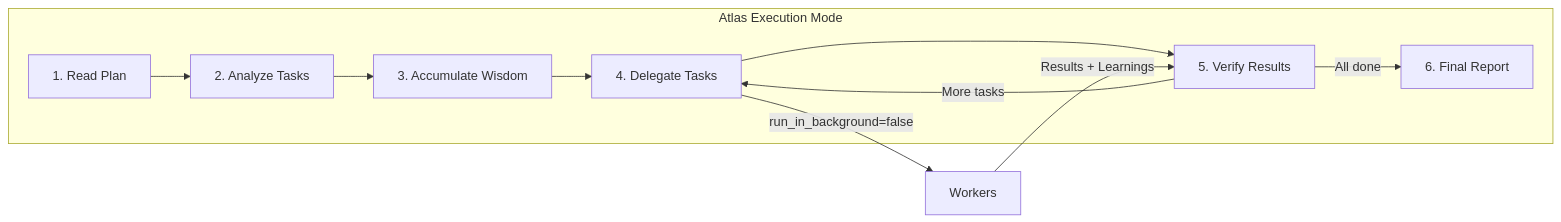
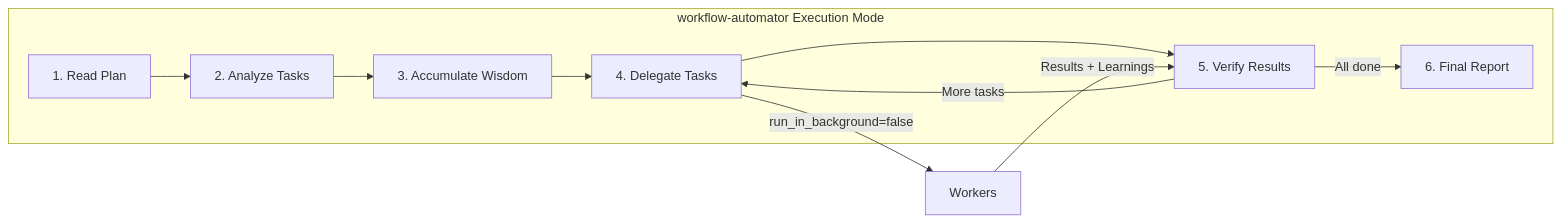
One commit to arcthur/oh-my-opencode changed the third of 4 diagrams in docs/guide/understanding-orchestration-system.md. Above: the diagram before and after it, drawn with Mermaid. The commit also changed other lines of this file and 416 other files, not shown here.

````diff
--- a/docs/guide/understanding-orchestration-system.md
+++ b/docs/guide/understanding-orchestration-system.md
@@ -136,21 +136,21 @@
 ```mermaid
 flowchart LR
-    subgraph Orchestrator["Atlas Execution Mode"]
+    subgraph Orchestrator["workflow-automator Execution Mode"]
         Read["1. Read Plan"]
         Analyze["2. Analyze Tasks"]
         Wisdom["3. Accumulate Wisdom"]
         Delegate["4. Delegate Tasks"]
         Verify["5. Verify Results"]
         Report["6. Final Report"]
     end
     
     Read --> Analyze
     Analyze --> Wisdom
     Wisdom --> Delegate
     Delegate --> Verify
     Verify -->|"More tasks"| Delegate
     Verify -->|"All done"| Report
     
     Delegate -->|"run_in_background=false"| Workers["Workers"]
     Workers -->|"Results + Learnings"| Verify
 ```
````
